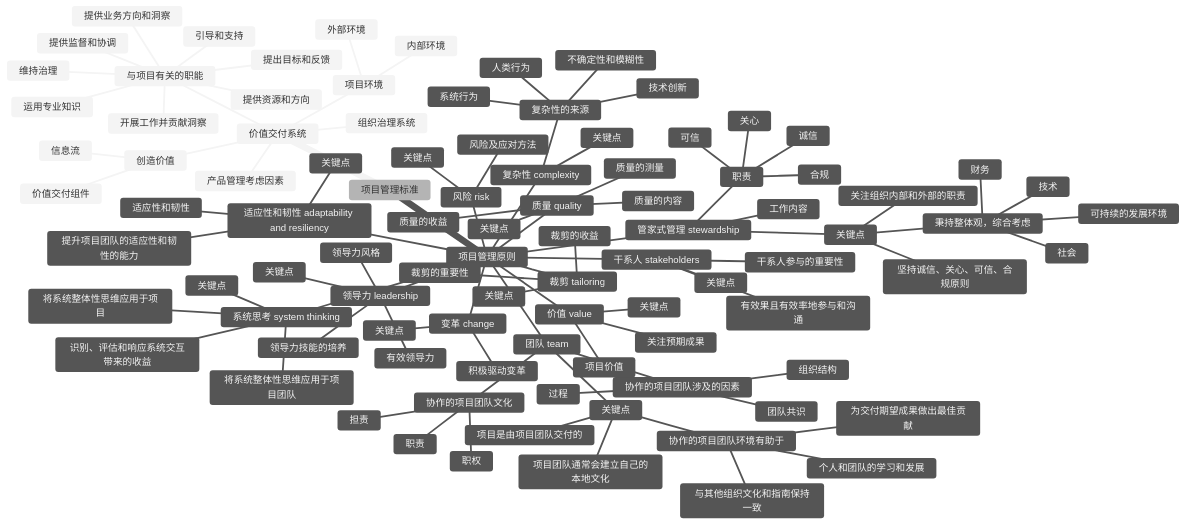
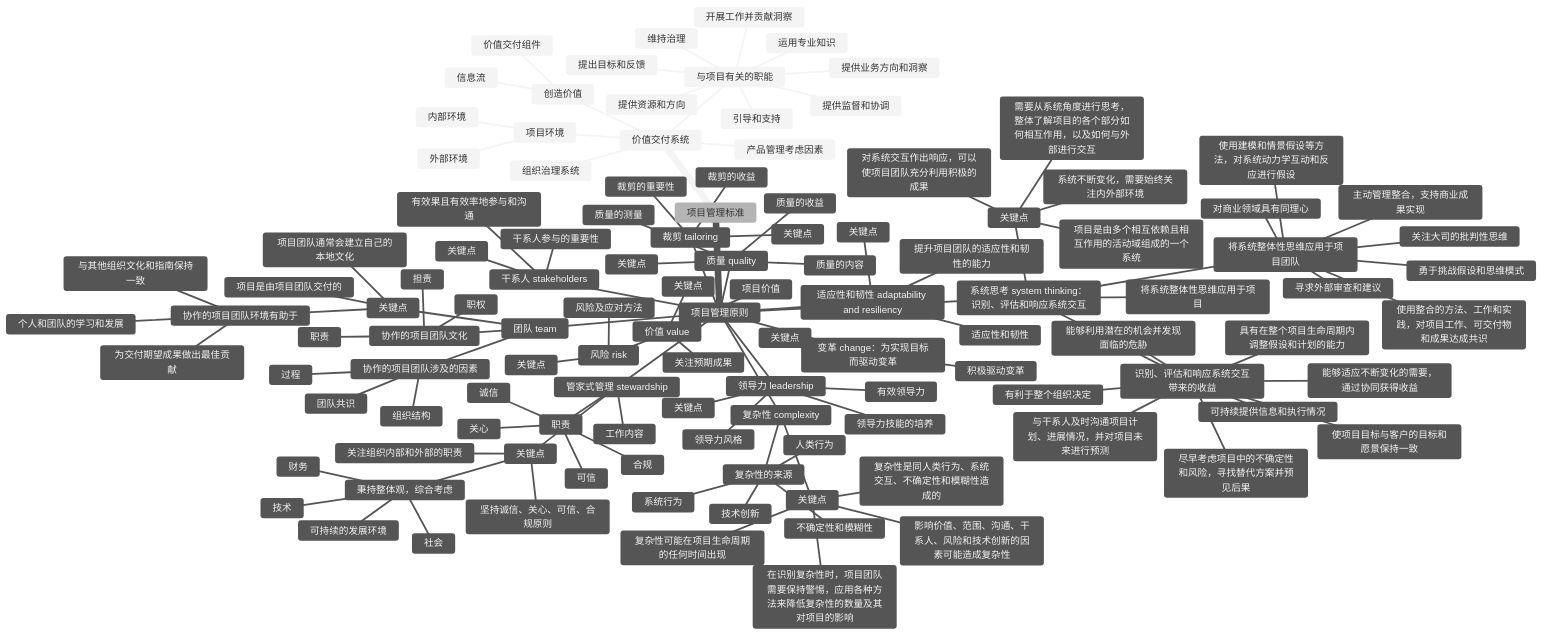
One commit to lusing/misc changed the first of 4 diagrams in docs/pm/pmp7.md. Above: the diagram before and after it, drawn with Mermaid (neutral theme). The commit also changed other lines of this file and 4 other files, not shown here.

````diff
--- a/docs/pm/pmp7.md
+++ b/docs/pm/pmp7.md
@@ -61,11 +61,30 @@
                 关键点
                 项目价值
                 关注预期成果
-            系统思考 system thinking
+            系统思考 system thinking：识别、评估和响应系统交互
                 关键点
+                    项目是由多个相互依赖且相互作用的活动域组成的一个系统
+                    需要从系统角度进行思考，整体了解项目的各个部分如何相互作用，以及如何与外部进行交互
+                    系统不断变化，需要始终关注内外部环境
+                    对系统交互作出响应，可以使项目团队充分利用积极的成果
                 将系统整体性思维应用于项目
                 将系统整体性思维应用于项目团队
+                    对商业领域具有同理心
+                    关注大司的批判性思维
+                    勇于挑战假设和思维模式
+                    寻求外部审查和建议
+                    使用整合的方法、工作和实践，对项目工作、可交付物和成果达成共识
+                    使用建模和情景假设等方法，对系统动力学互动和反应进行假设
+                    主动管理整合，支持商业成果实现
                 识别、评估和响应系统交互带来的收益
+                    尽早考虑项目中的不确定性和风险，寻找替代方案并预见后果
+                    具有在整个项目生命周期内调整假设和计划的能力
+                    可持续提供信息和执行情况
+                    与干系人及时沟通项目计划、进展情况，并对项目未来进行预测
+                    使项目目标与客户的目标和愿景保持一致
+                    能够适应不断变化的需要，通过协同获得收益
+                    能够利用潜在的机会并发现面临的危胁
+                    有利于整个组织决定
             领导力 leadership
                 关键点
                 有效领导力
@@ -82,6 +101,10 @@
                 质量的收益
             复杂性  complexity
                 关键点
+                    复杂性是同人类行为、系统交互、不确定性和模糊性造成的
+                    复杂性可能在项目生命周期的任何时间出现
+                    影响价值、范围、沟通、干系人、风险和技术创新的因素可能造成复杂性
+                    在识别复杂性时，项目团队需要保持警惕，应用各种方法来降低复杂性的数量及其对项目的影响
                 复杂性的来源
                     人类行为
                     系统行为
@@ -94,7 +117,7 @@
                 关键点
                 适应性和韧性
                 提升项目团队的适应性和韧性的能力
-            变革 change
+            变革 change：为实现目标而驱动变革
                 关键点
                 积极驱动变革
 ```
````
